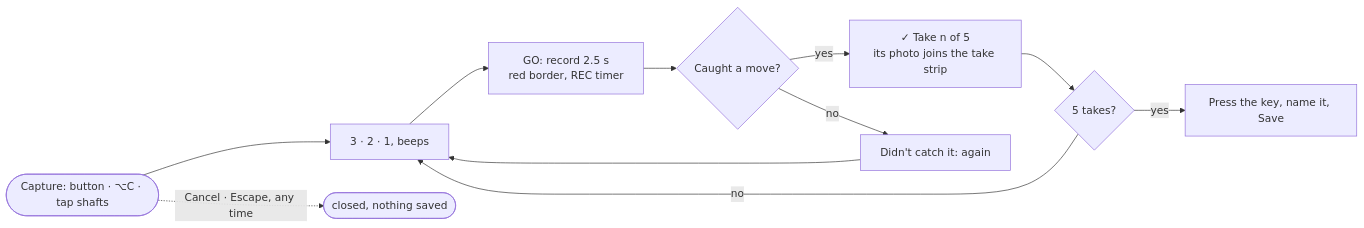
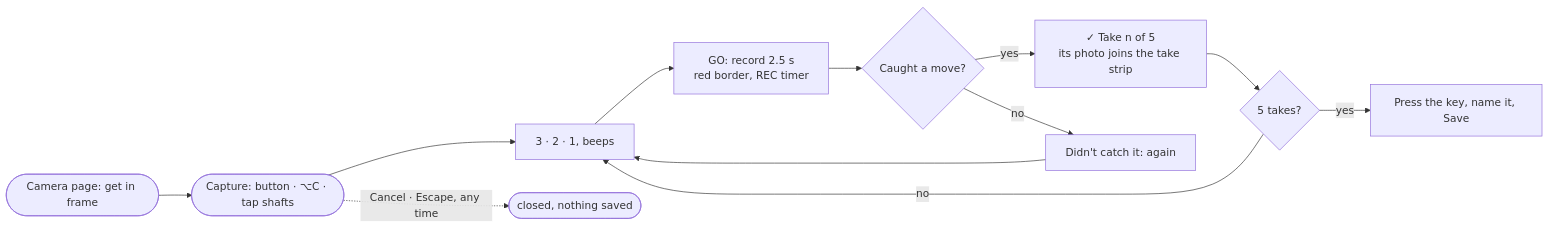
One commit to Gordoburrito/mocap-wow changed the fourth of 9 diagrams in docs/user-flows.md. Above: the diagram before and after it, drawn with Mermaid. The commit also changed other lines of this file and 10 other files, not shown here.

````diff
--- a/docs/user-flows.md
+++ b/docs/user-flows.md
@@ -95,11 +98,12 @@
 ```mermaid
 flowchart LR
+    L([Camera page: get in frame]) --> S
     S([Capture: button · ⌥C · tap shafts]) --> C3[3 · 2 · 1, beeps]
     C3 --> R[GO: record 2.5 s<br/>red border, REC timer]
     R --> J{Caught a move?}
     J -- yes --> K1[✓ Take n of 5<br/>its photo joins the take strip] --> N{5 takes?}
     J -- no --> A1[Didn't catch it: again] --> C3
     N -- no --> C3
     N -- yes --> Key[Press the key, name it, Save]
     S -. Cancel · Escape, any time .-> Out([closed, nothing saved])
 ```
````
